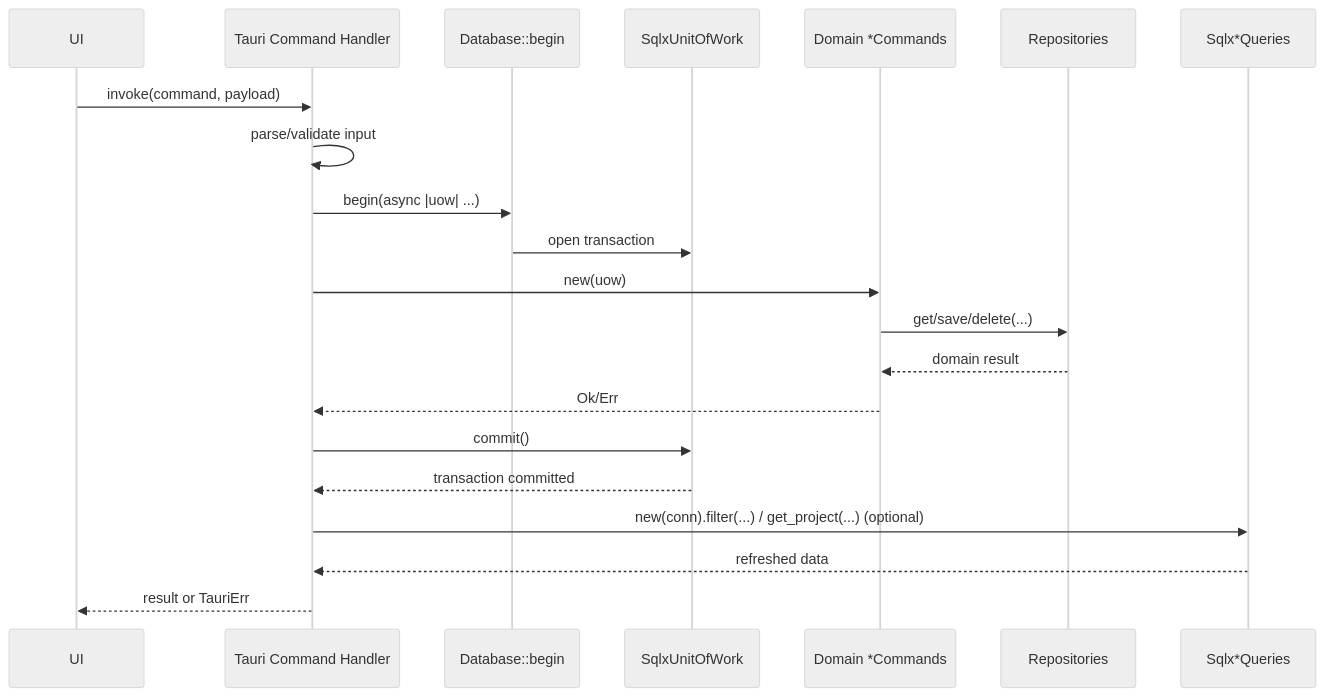
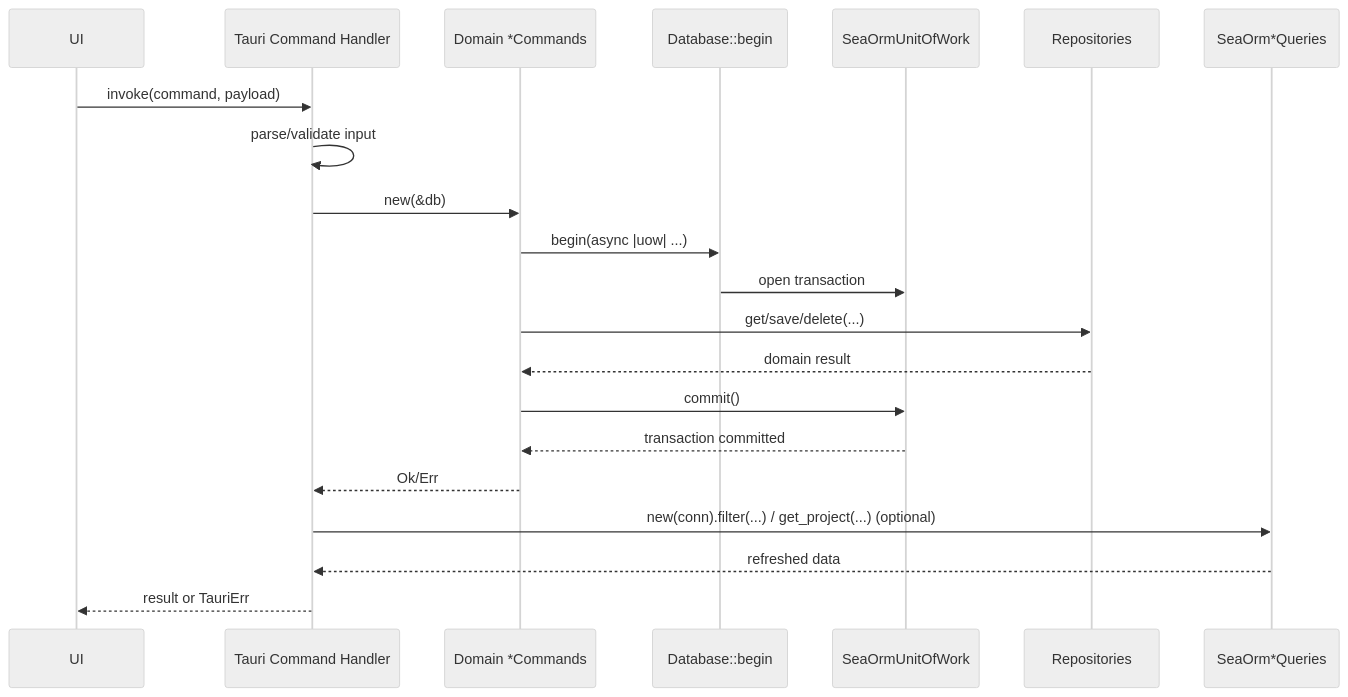
The first of 2 diagrams in docs/use_case_flow.md (bleticat/autograph), drawn with Mermaid (neutral theme) before and after one commit. The commit also changed other lines of this file and 8 other files, not shown here.

First line of the commit message:
Commands own their transaction boundaries; constructors take &Database (#46)

````diff
--- a/docs/use_case_flow.md
+++ b/docs/use_case_flow.md
@@ -18,24 +18,24 @@
 ```mermaid
 sequenceDiagram
     participant UI
     participant Tauri as Tauri Command Handler
+    participant Cmd as Domain *Commands
     participant DB as Database::begin
-    participant UoW as SqlxUnitOfWork
-    participant Cmd as Domain *Commands
+    participant UoW as SeaOrmUnitOfWork
     participant Repo as Repositories
-    participant Q as Sqlx*Queries
+    participant Q as SeaOrm*Queries
 
     UI->>Tauri: invoke(command, payload)
     Tauri->>Tauri: parse/validate input
-    Tauri->>DB: begin(async |uow| ...)
+    Tauri->>Cmd: new(&db)
+    Cmd->>DB: begin(async |uow| ...)
     DB->>UoW: open transaction
-    Tauri->>Cmd: new(uow)
     Cmd->>Repo: get/save/delete(...)
     Repo-->>Cmd: domain result
+    Cmd->>UoW: commit()
+    UoW-->>Cmd: transaction committed
     Cmd-->>Tauri: Ok/Err
-    Tauri->>UoW: commit()
-    UoW-->>Tauri: transaction committed
     Tauri->>Q: new(conn).filter(...) / get_project(...) (optional)
     Q-->>Tauri: refreshed data
     Tauri-->>UI: result or TauriErr
 ```
````
